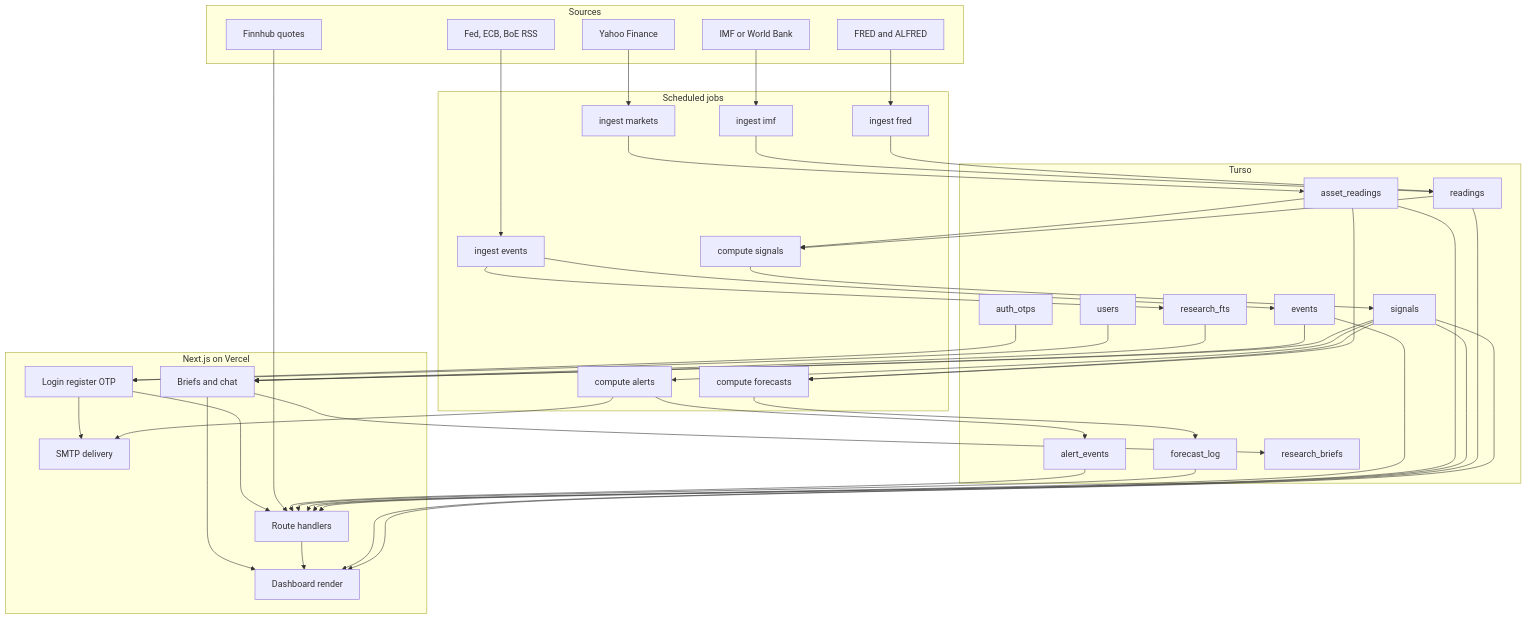
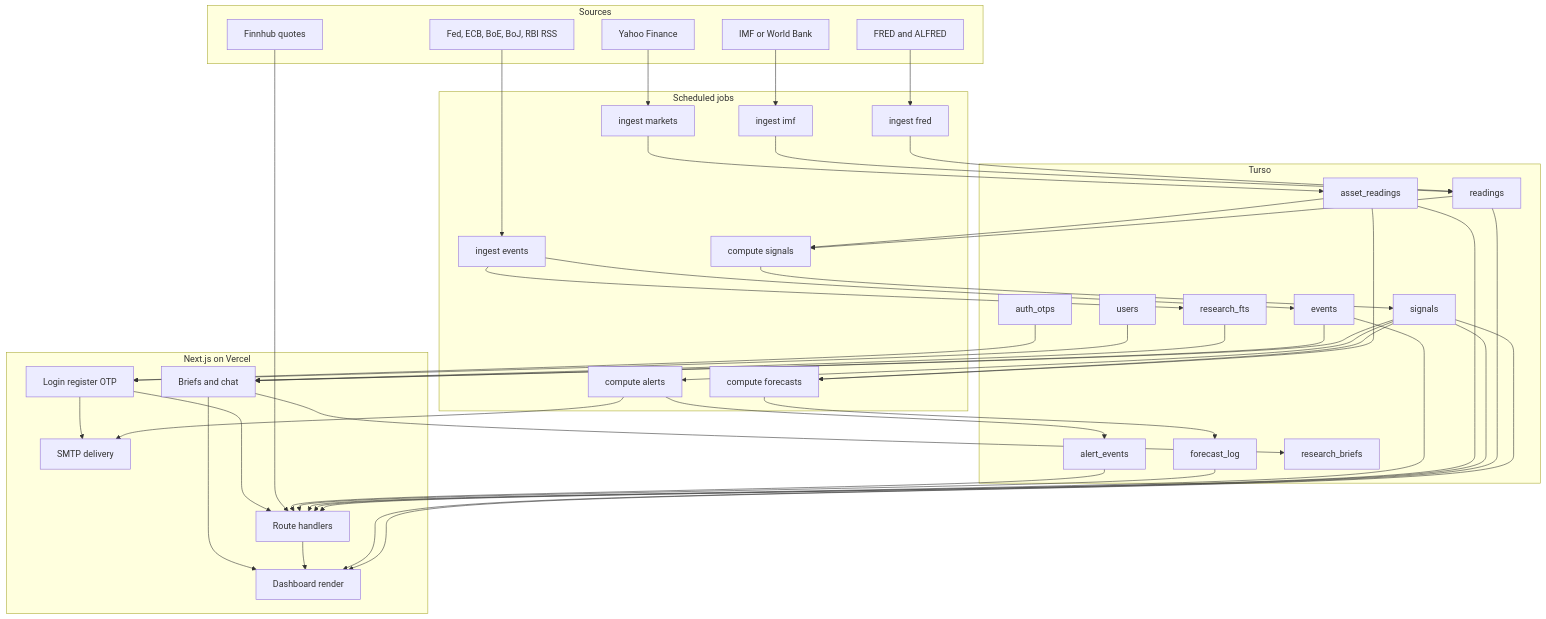
The diagram in docs/ARCHITECTURE.md (RajatRjSharma/tell), drawn with Mermaid before and after one commit. The commit also changed other lines of this file and 16 other files, not shown here.

````diff
--- a/docs/ARCHITECTURE.md
+++ b/docs/ARCHITECTURE.md
@@ -33,75 +33,75 @@
 ```mermaid
 flowchart TB
   subgraph SRC[Sources]
     FRED[FRED and ALFRED]
     CROSS[IMF or World Bank]
     YF[Yahoo Finance]
-    RSS[Fed, ECB, BoE RSS]
+    RSS[Fed, ECB, BoE, BoJ, RBI RSS]
     FH[Finnhub quotes]
   end
 
   subgraph JOBS[Scheduled jobs]
     I1[ingest fred]
     I2[ingest imf]
     I3[ingest markets]
     I4[ingest events]
     C1[compute signals]
     C2[compute forecasts]
     C3[compute alerts]
   end
 
   subgraph DB["Turso"]
     READ[readings]
     BARS[asset_readings]
     EV[events]
     SIG[signals]
     FC[forecast_log]
     AL[alert_events]
     RB[research_briefs]
     FTS[research_fts]
     USR[users]
     OTP[auth_otps]
   end
 
   subgraph APP[Next.js on Vercel]
     RSC[Dashboard render]
     API[Route handlers]
     AUTH[Login register OTP]
     AI[Briefs and chat]
     MAIL[SMTP delivery]
   end
 
   FRED --> I1 --> READ
   CROSS --> I2 --> READ
   YF --> I3 --> BARS
   RSS --> I4 --> EV
   I4 --> FTS
 
   READ --> C1
   BARS --> C1
   C1 --> SIG
   BARS --> C2
   SIG --> C2 --> FC
   SIG --> C3 --> AL
   C3 --> MAIL
 
   SIG --> RSC
   READ --> RSC
   SIG --> API
   BARS --> API
   EV --> API
   FC --> API
   AL --> API
   FH --> API
   USR --> AUTH
   OTP --> AUTH
   AUTH --> MAIL
   AUTH --> API
 
   SIG --> AI
   EV --> AI
   FTS --> AI
   AI --> RB
   API --> RSC
   AI --> RSC
 ```
````
